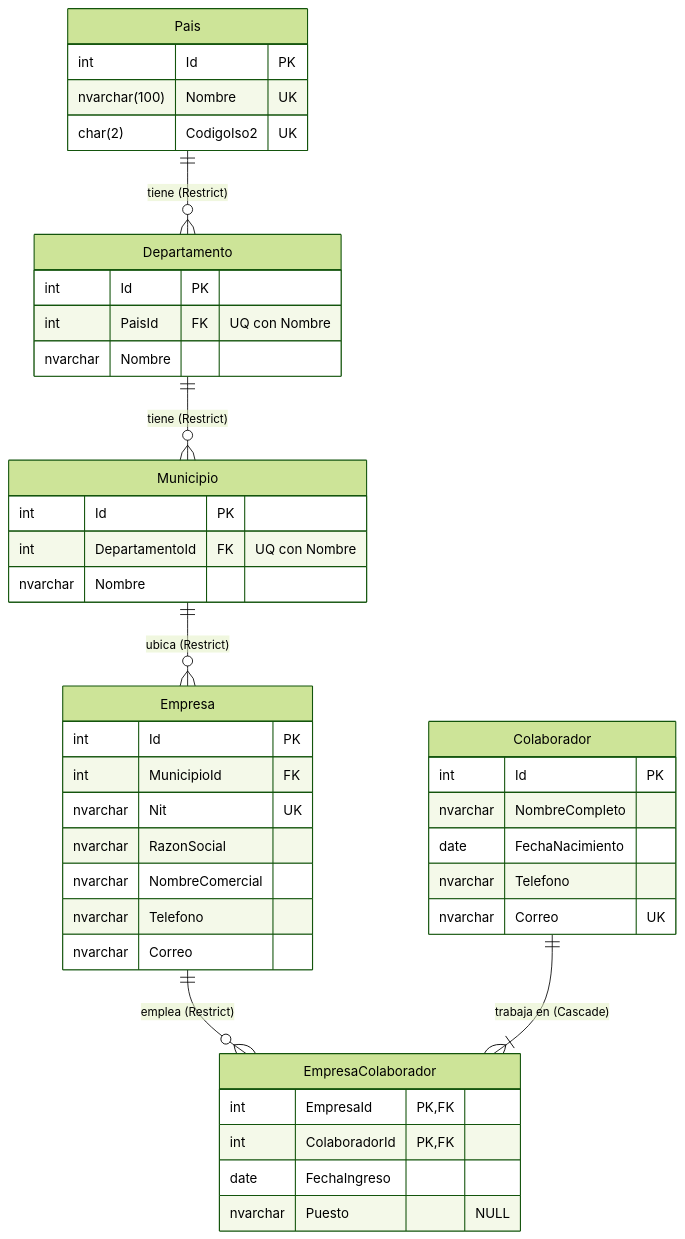
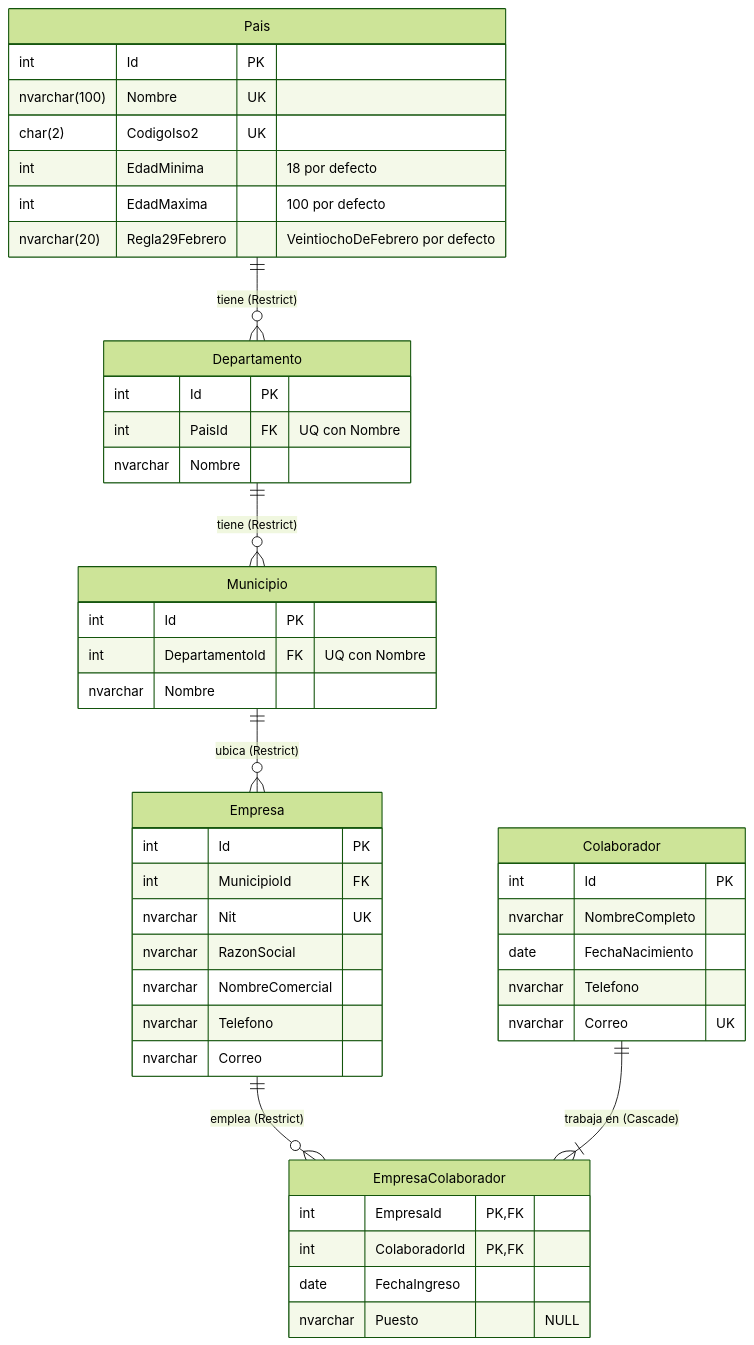
One commit to Yuhaliran/gestor-rrhh changed the diagram in docs/PLAN.md. Above: the diagram before and after it, drawn with Mermaid (forest theme). The commit also changed other lines of this file and 6 other files, not shown here.

````diff
--- a/docs/PLAN.md
+++ b/docs/PLAN.md
@@ -54,46 +56,49 @@
 ```mermaid
 erDiagram
     Pais ||--o{ Departamento : "tiene (Restrict)"
     Departamento ||--o{ Municipio : "tiene (Restrict)"
     Municipio ||--o{ Empresa : "ubica (Restrict)"
     Empresa ||--o{ EmpresaColaborador : "emplea (Restrict)"
     Colaborador ||--|{ EmpresaColaborador : "trabaja en (Cascade)"
 
     Pais {
         int Id PK
         nvarchar(100) Nombre UK
         char(2) CodigoIso2 UK
+        int EdadMinima "18 por defecto"
+        int EdadMaxima "100 por defecto"
+        nvarchar(20) Regla29Febrero "VeintiochoDeFebrero por defecto"
     }
     Departamento {
         int Id PK
         int PaisId FK "UQ con Nombre"
         nvarchar Nombre
     }
     Municipio {
         int Id PK
         int DepartamentoId FK "UQ con Nombre"
         nvarchar Nombre
     }
     Empresa {
         int Id PK
         int MunicipioId FK
         nvarchar Nit UK
         nvarchar RazonSocial
         nvarchar NombreComercial
         nvarchar Telefono
         nvarchar Correo
     }
     Colaborador {
         int Id PK
         nvarchar NombreCompleto
         date FechaNacimiento
         nvarchar Telefono
         nvarchar Correo UK
     }
     EmpresaColaborador {
         int EmpresaId PK,FK
         int ColaboradorId PK,FK
         date FechaIngreso
         nvarchar Puesto "NULL"
     }
 ```
````
